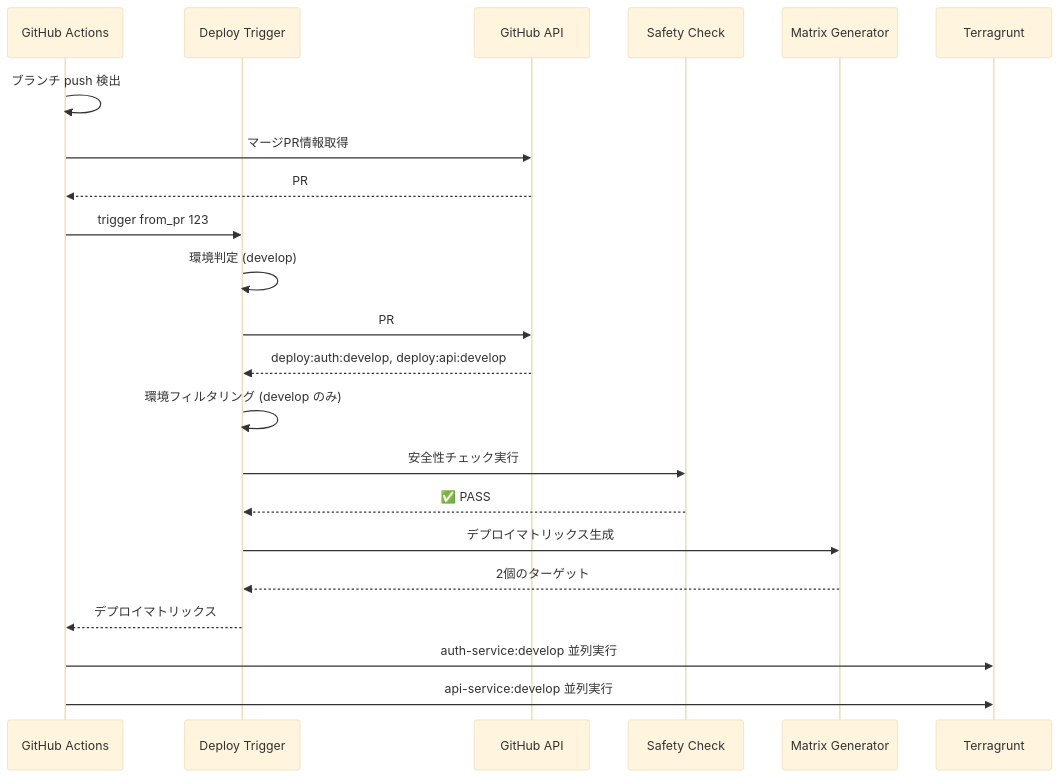
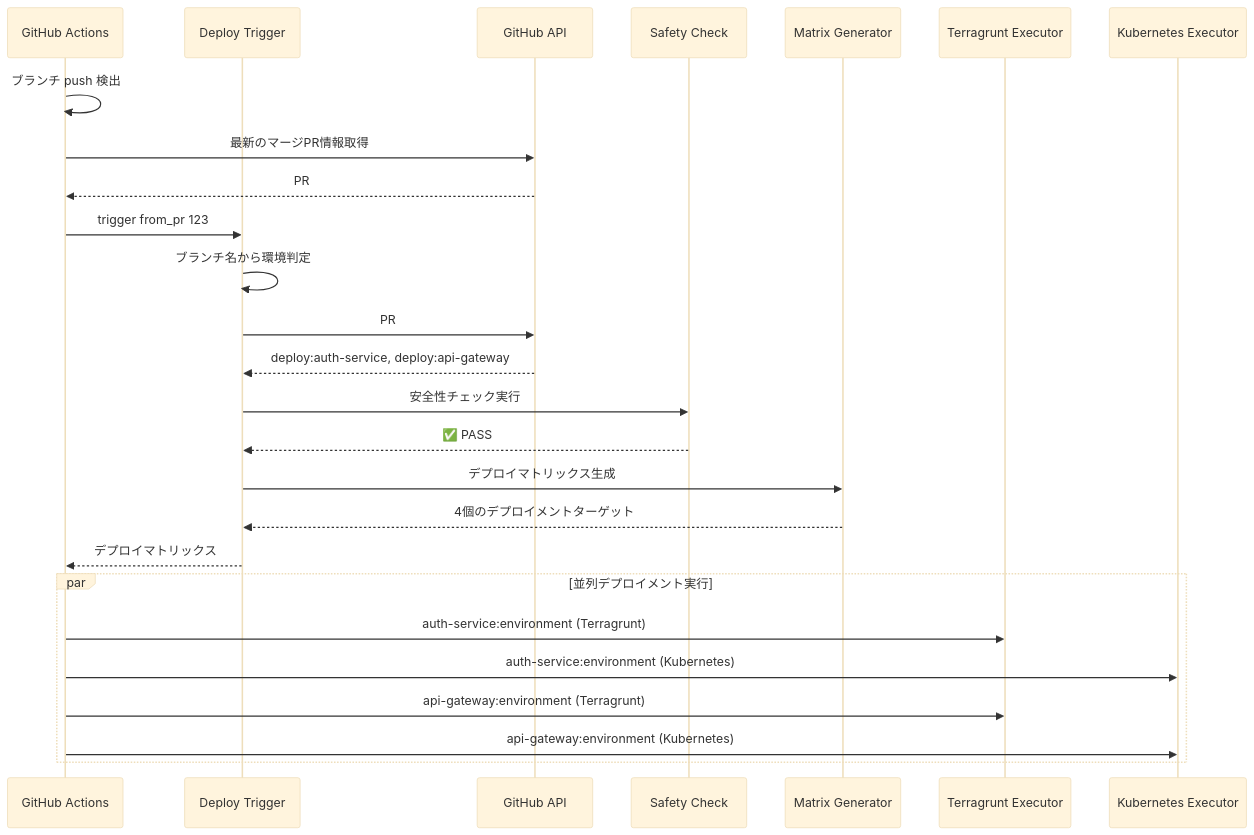
One commit to panicboat/monorepo changed the second of 4 diagrams in .github/scripts/deploy-trigger/README.md. Above: the diagram before and after it, drawn with Mermaid (base theme). The commit also changed other lines of this file and 5 other files, not shown here.

````diff
--- a/.github/scripts/deploy-trigger/README.md
+++ b/.github/scripts/deploy-trigger/README.md
@@ -36,29 +36,33 @@
 ```mermaid
 sequenceDiagram
     participant GHA as GitHub Actions
     participant DT as Deploy Trigger
     participant API as GitHub API
     participant Safety as Safety Check
     participant Matrix as Matrix Generator
-    participant TG as Terragrunt
+    participant TG as Terragrunt Executor
+    participant K8s as Kubernetes Executor
 
     GHA->>GHA: ブランチ push 検出
-    GHA->>API: マージPR情報取得
+    GHA->>API: 最新のマージPR情報取得
     API-->>GHA: PR #123 情報
     GHA->>DT: trigger from_pr 123
 
-    DT->>DT: 環境判定 (develop)
-    DT->>API: PR #123 ラベル取得
-    API-->>DT: deploy:auth:develop, deploy:api:develop
+    DT->>DT: ブランチ名から環境判定
+    DT->>API: PR #123 の deploy ラベル取得
+    API-->>DT: deploy:auth-service, deploy:api-gateway
 
-    DT->>DT: 環境フィルタリング (develop のみ)
     DT->>Safety: 安全性チェック実行
     Safety-->>DT: ✅ PASS
 
     DT->>Matrix: デプロイマトリックス生成
-    Matrix-->>DT: 2個のターゲット
+    Matrix-->>DT: 4個のデプロイメントターゲット
     DT-->>GHA: デプロイマトリックス
 
-    GHA->>TG: auth-service:develop 並列実行
-    GHA->>TG: api-service:develop 並列実行
+    par 並列デプロイメント実行
+        GHA->>TG: auth-service:environment (Terragrunt)
+        GHA->>K8s: auth-service:environment (Kubernetes)
+        GHA->>TG: api-gateway:environment (Terragrunt)
+        GHA->>K8s: api-gateway:environment (Kubernetes)
+    end
 ```
````
